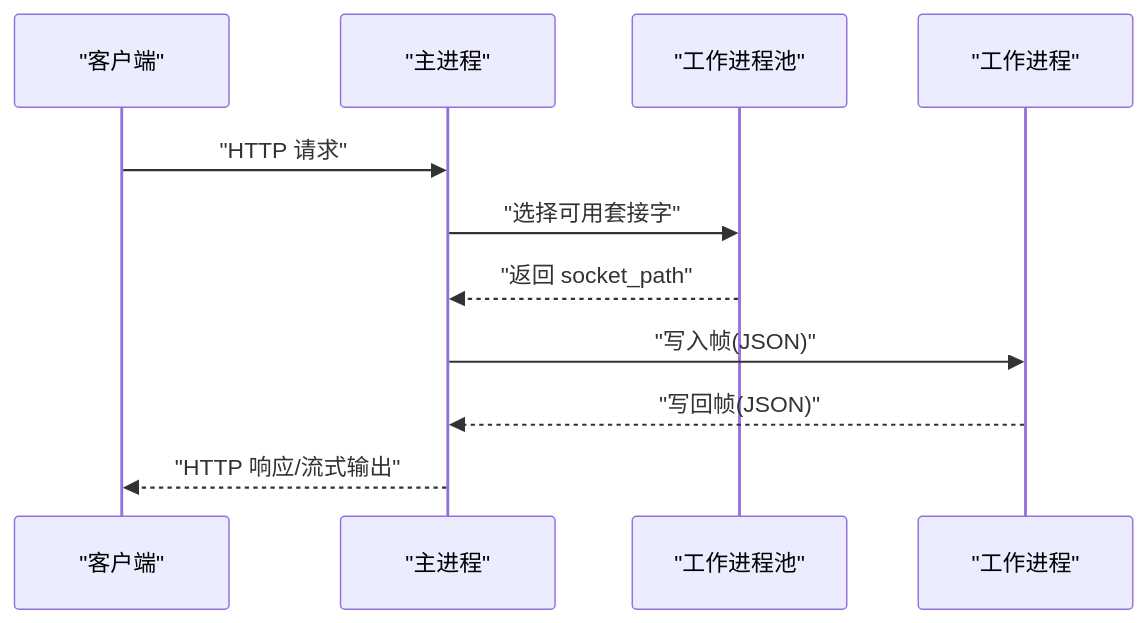
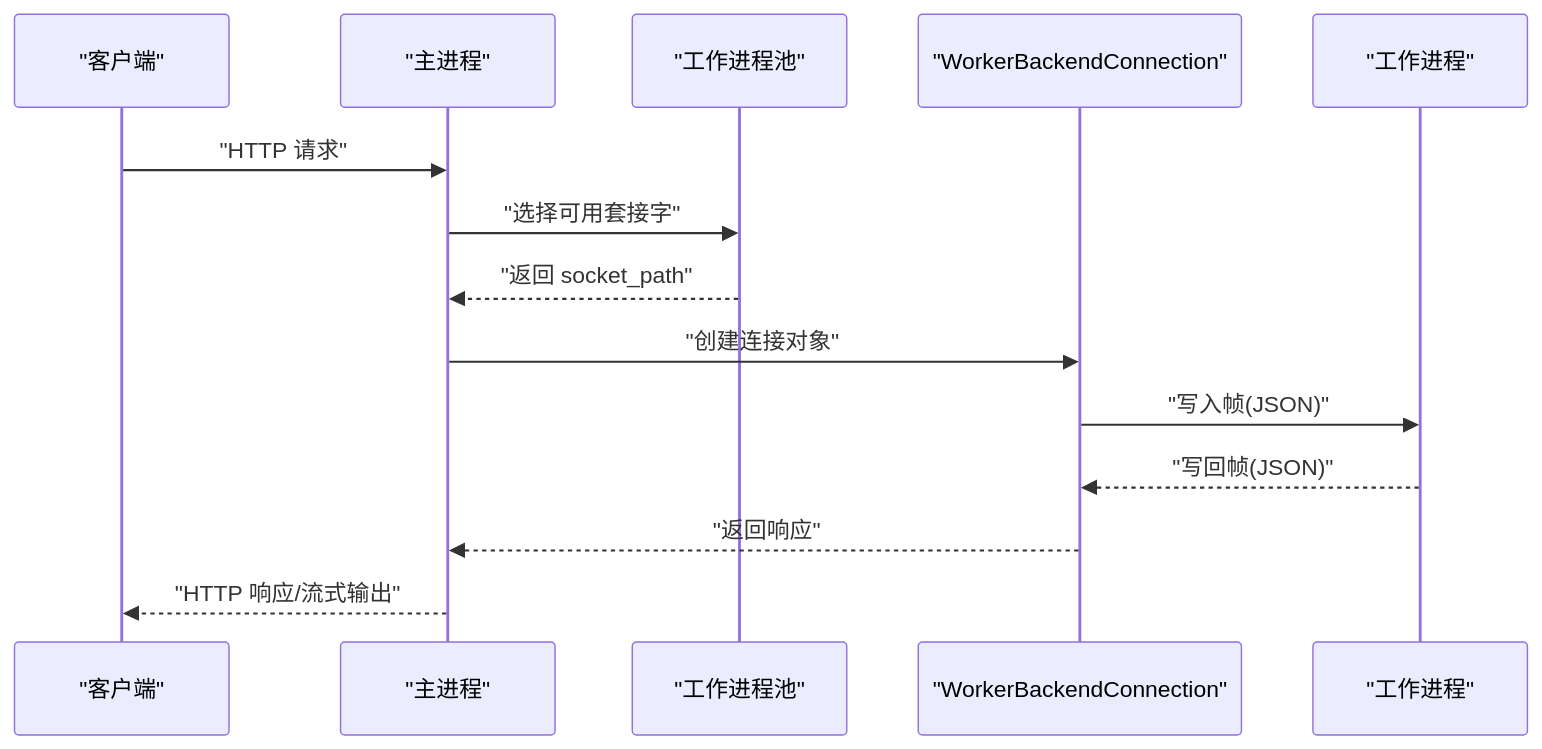
Before and after one commit to guweigang/vhttpd: the second of 7 diagrams in .qoder/repowiki/zh/content/传输层处理/工作进程通信协议.md, drawn with Mermaid. The commit also changed other lines of this file and 54 other files, not shown here.

````diff
--- a/.qoder/repowiki/zh/content/传输层处理/工作进程通信协议.md
+++ b/.qoder/repowiki/zh/content/传输层处理/工作进程通信协议.md
@@ -73,13 +98,16 @@
 ```mermaid
 sequenceDiagram
 participant Client as "客户端"
 participant Main as "主进程"
 participant Pool as "工作进程池"
+participant Conn as "WorkerBackendConnection"
 participant Worker as "工作进程"
 Client->>Main : "HTTP 请求"
 Main->>Pool : "选择可用套接字"
 Pool-->>Main : "返回 socket_path"
-Main->>Worker : "写入帧(JSON)"
-Worker-->>Main : "写回帧(JSON)"
+Main->>Conn : "创建连接对象"
+Conn->>Worker : "写入帧(JSON)"
+Worker-->>Conn : "写回帧(JSON)"
+Conn-->>Main : "返回响应"
 Main-->>Client : "HTTP 响应/流式输出"
 ```
````
